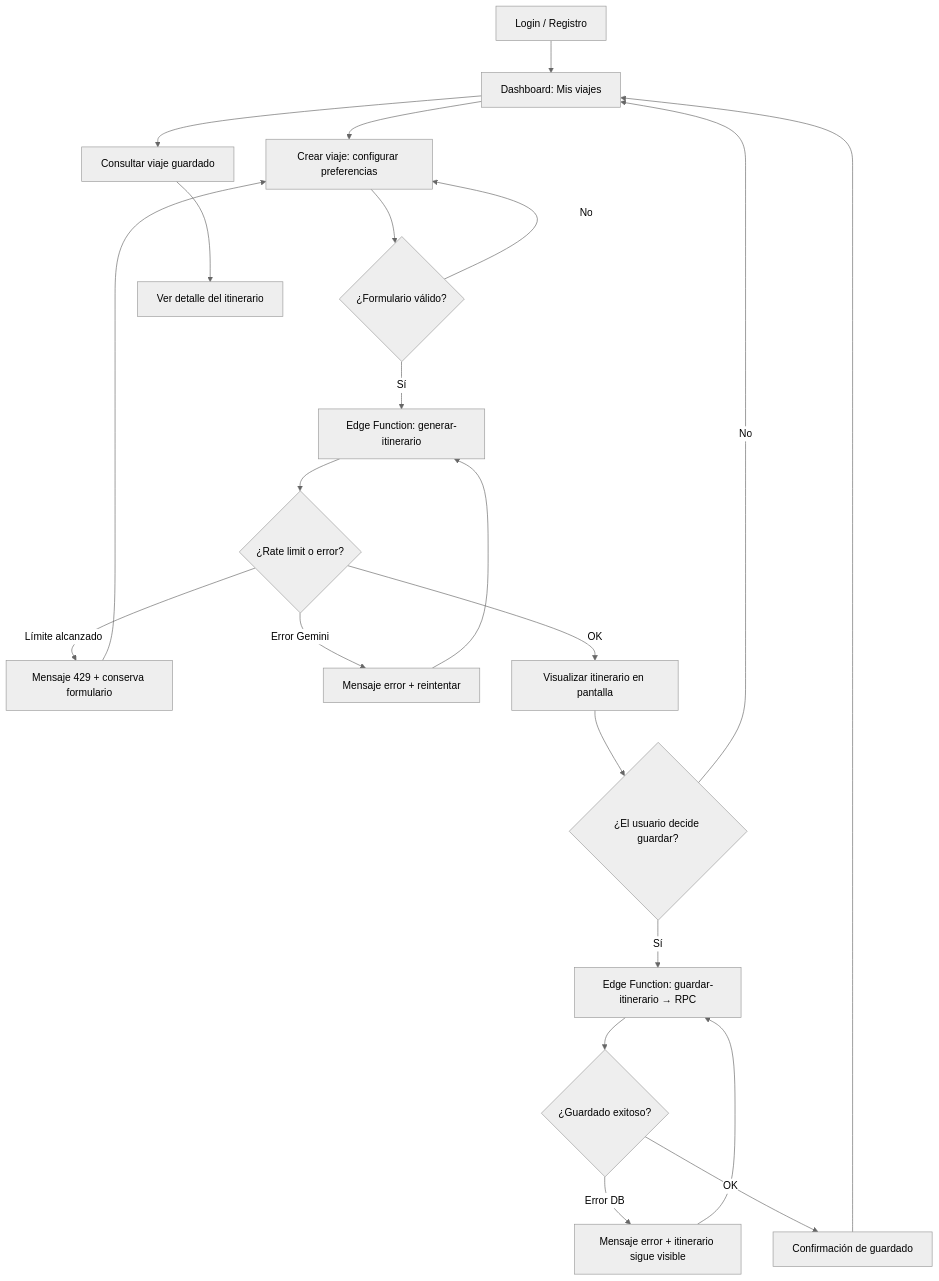
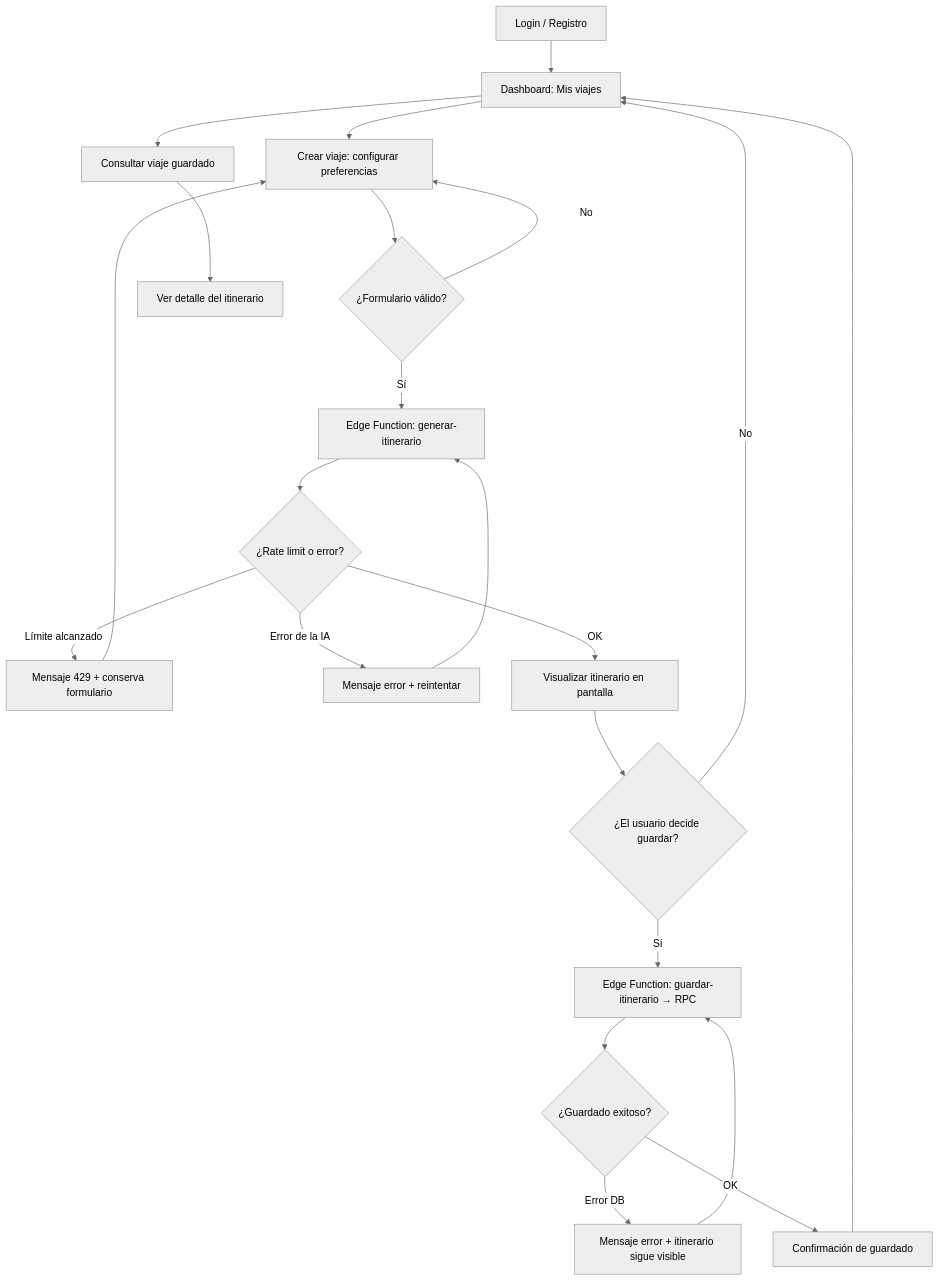
The first of 4 diagrams in docs/02_context_engineering/plan_arquitectura.md (DanyHuancaG/tripgenius), drawn with Mermaid (neutral theme) before and after one commit. The commit also changed other lines of this file and 4 other files, not shown here.

````diff
--- a/docs/02_context_engineering/plan_arquitectura.md
+++ b/docs/02_context_engineering/plan_arquitectura.md
@@ -95,24 +95,24 @@
 ```mermaid
 flowchart TD
     A[Login / Registro] --> B[Dashboard: Mis viajes]
     B --> C[Crear viaje: configurar preferencias]
     C --> D{¿Formulario válido?}
     D -- No --> C
     D -- Sí --> E[Edge Function: generar-itinerario]
     E --> F{¿Rate limit o error?}
     F -- Límite alcanzado --> G[Mensaje 429 + conserva formulario]
     G --> C
-    F -- Error Gemini --> H[Mensaje error + reintentar]
+    F -- Error de la IA --> H[Mensaje error + reintentar]
     H --> E
     F -- OK --> I[Visualizar itinerario en pantalla]
     I --> J{¿El usuario decide guardar?}
     J -- No --> B
     J -- Sí --> K[Edge Function: guardar-itinerario → RPC]
     K --> L{¿Guardado exitoso?}
     L -- Error DB --> M[Mensaje error + itinerario sigue visible]
     M --> K
     L -- OK --> N[Confirmación de guardado]
     N --> B
     B --> O[Consultar viaje guardado]
     O --> P[Ver detalle del itinerario]
 ```
````
